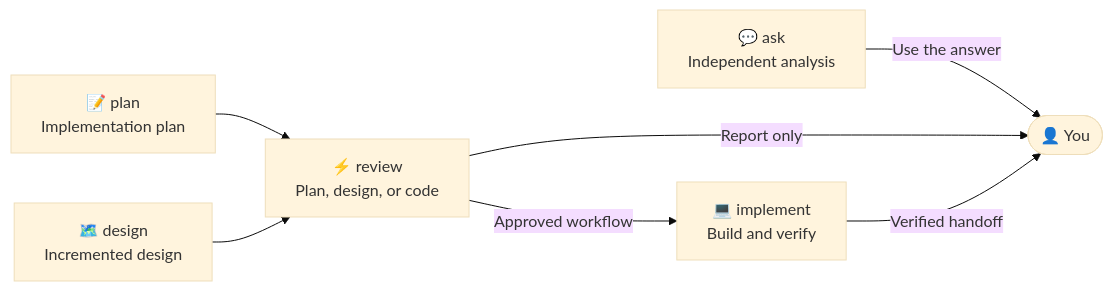
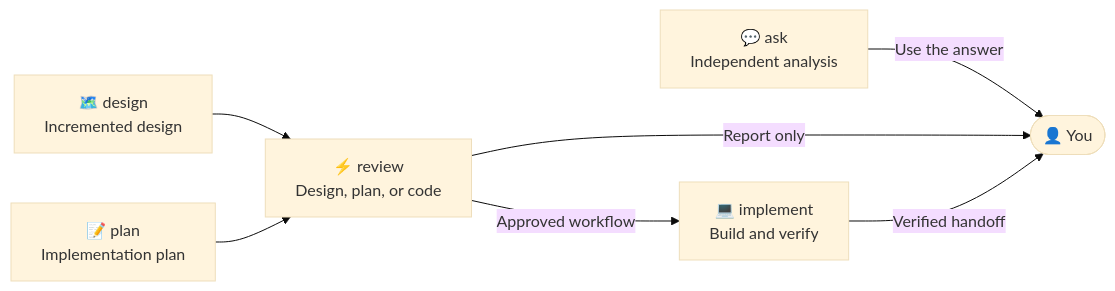
Before and after one commit to Gyunikuchan/dispatch-skills: the first of 6 diagrams in skills/dispatch/references/readme/verbs.md, drawn with Mermaid (base theme). The commit also changed other lines of this file and 44 other files, not shown here.

Commit message:
refactor(dispatch): align workflow sequence listings

````diff
--- a/skills/dispatch/references/readme/verbs.md
+++ b/skills/dispatch/references/readme/verbs.md
@@ -19,15 +19,15 @@
 ```mermaid
 flowchart LR
     Ask["💬 ask<br/>Independent analysis"]
+    Design["🗺️ design<br/>Incremented design"]
     Plan["📝 plan<br/>Implementation plan"]
-    Design["🗺️ design<br/>Incremented design"]
-    Review["⚡ review<br/>Plan, design, or code"]
+    Review["⚡ review<br/>Design, plan, or code"]
     Implement["💻 implement<br/>Build and verify"]
 
     Ask -->|Use the answer| User(["👤 You"])
+    Design --> Review
     Plan --> Review
-    Design --> Review
     Review -->|Report only| User
     Review -->|Approved workflow| Implement
     Implement -->|Verified handoff| User
 ```
````
